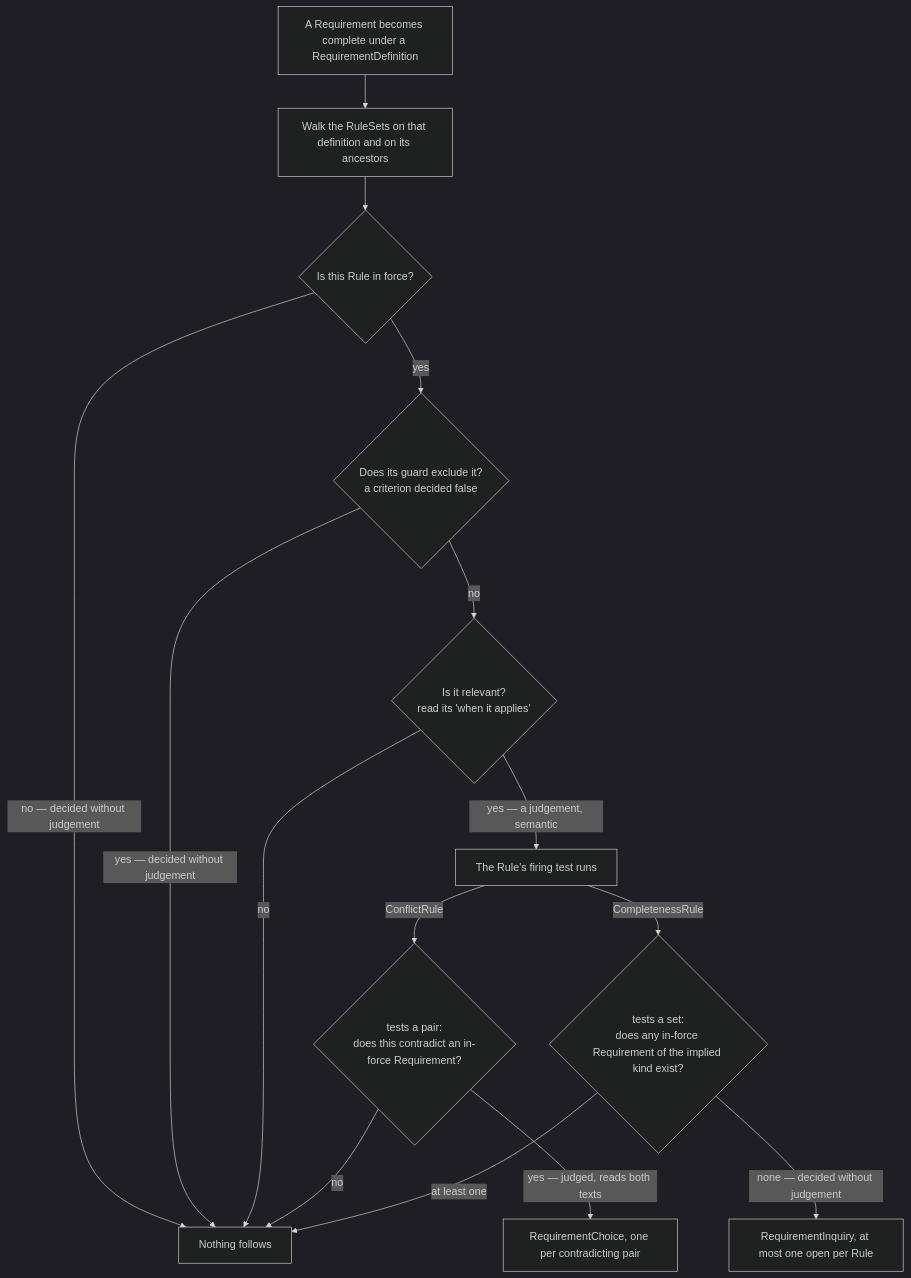
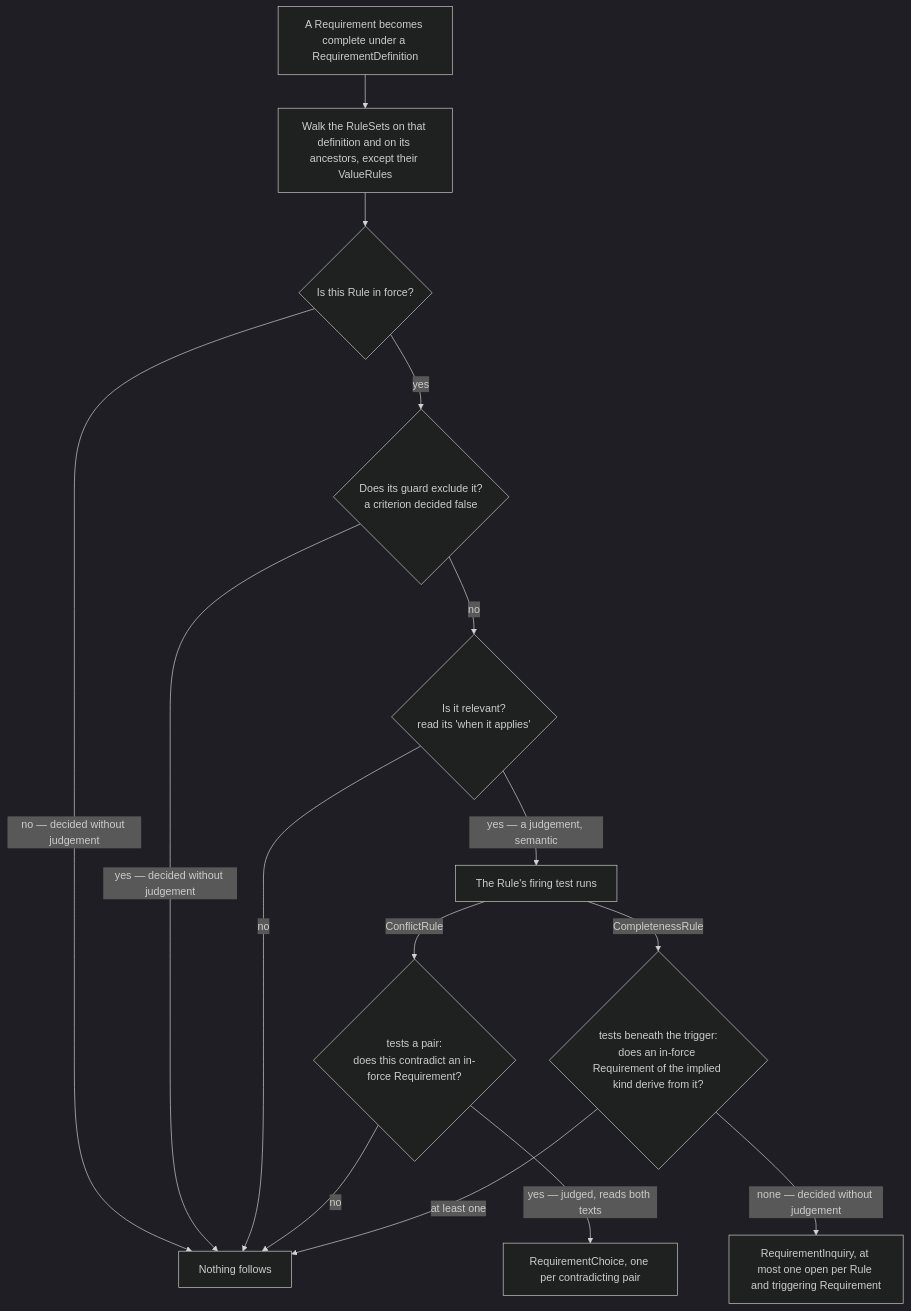
Before and after one commit to szantob/ProjectML: the third of 3 diagrams in spec/03-project-lifecycle-model.md, drawn with Mermaid (dark theme). The commit also changed other lines of this file, not shown here.

Commit message:
Look for an implied kind beneath its trigger, and raise contradictions over requirements (K136, K140, K141, K146-K148)

````diff
--- a/spec/03-project-lifecycle-model.md
+++ b/spec/03-project-lifecycle-model.md
@@ -464,18 +471,18 @@
 ```mermaid
 flowchart TD
     A["A Requirement becomes complete under a RequirementDefinition"]
-    A --> B["Walk the RuleSets on that definition and on its ancestors"]
+    A --> B["Walk the RuleSets on that definition and on its ancestors, except their ValueRules"]
     B --> S{"Is this Rule in force?"}
     S -->|"no — decided without judgement"| Z["Nothing follows"]
     S -->|"yes"| Q{"Does its guard exclude it?<br/>a criterion decided false"}
     Q -->|"yes — decided without judgement"| Z
     Q -->|"no"| C{"Is it relevant?<br/>read its 'when it applies'"}
     C -->|"no"| Z
     C -->|"yes — a judgement, semantic"| D["The Rule's firing test runs"]
     D -->|"ConflictRule"| E{"tests a pair:<br/>does this contradict an in-force Requirement?"}
-    D -->|"CompletenessRule"| F{"tests a set:<br/>does any in-force Requirement of the implied kind exist?"}
+    D -->|"CompletenessRule"| F{"tests beneath the trigger:<br/>does an in-force Requirement of the implied kind derive from it?"}
     E -->|"no"| Z
     E -->|"yes — judged, reads both texts"| G["RequirementChoice, one per contradicting pair"]
     F -->|"at least one"| Z
-    F -->|"none — decided without judgement"| H["RequirementInquiry, at most one open per Rule"]
+    F -->|"none — decided without judgement"| H["RequirementInquiry, at most one open per Rule and triggering Requirement"]
 ```
````
